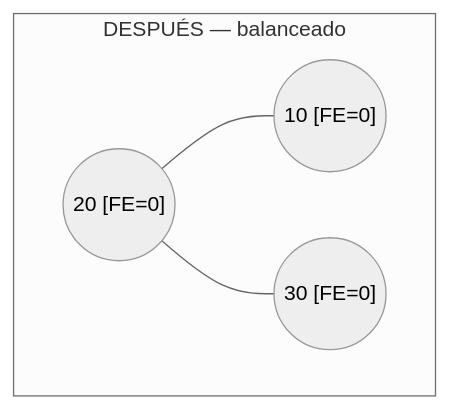
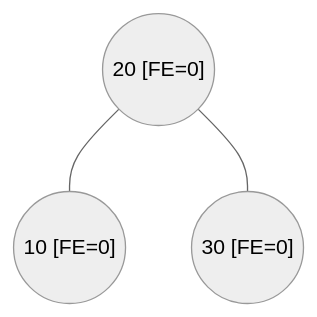
Before and after one commit to frijolitobandido/Guia_Matematica_Discreta: diagram 21 of 34 in 03-arboles.md, drawn with Mermaid (neutral theme). The commit also changed other lines of this file, not shown here.

````diff
--- a/03-arboles.md
+++ b/03-arboles.md
@@ -527,7 +565,5 @@
 ```mermaid
 graph TD
-    subgraph Después2["DESPUÉS — balanceado"]
-        d1(("20 [FE=0]")) --- d2(("10 [FE=0]"))
-        d1 --- d3(("30 [FE=0]"))
-    end
+    d1(("20 [FE=0]")) --- d2(("10 [FE=0]"))
+    d1 --- d3(("30 [FE=0]"))
 ```
````
